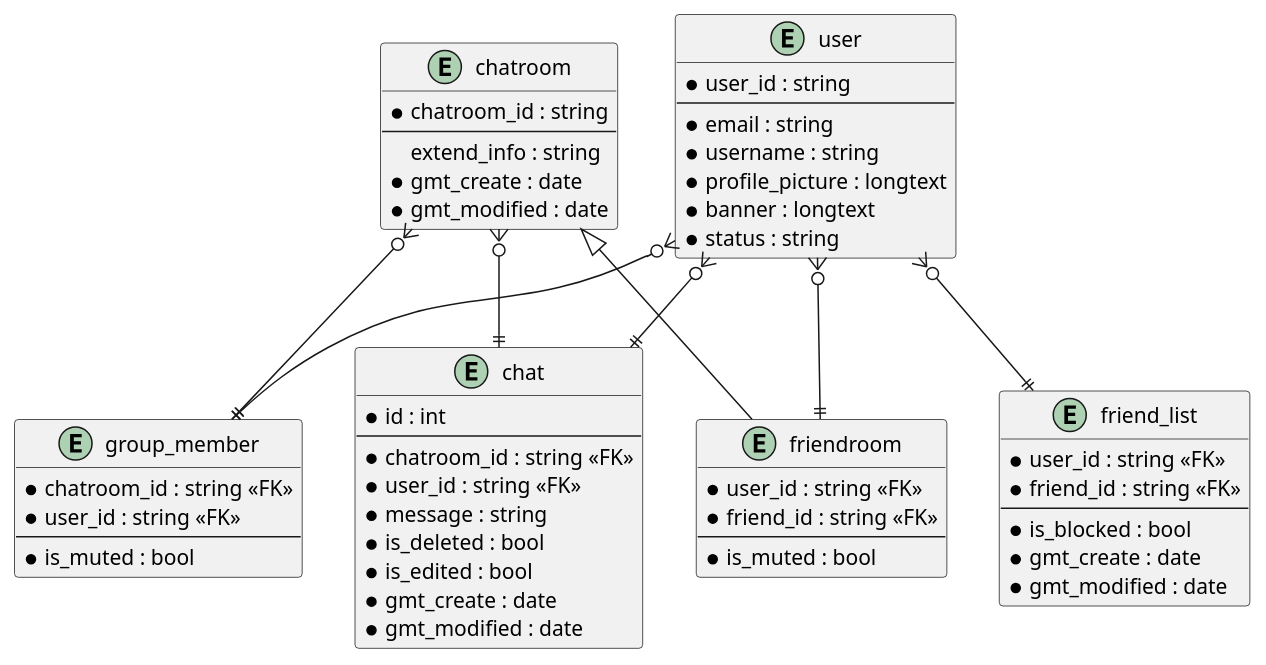
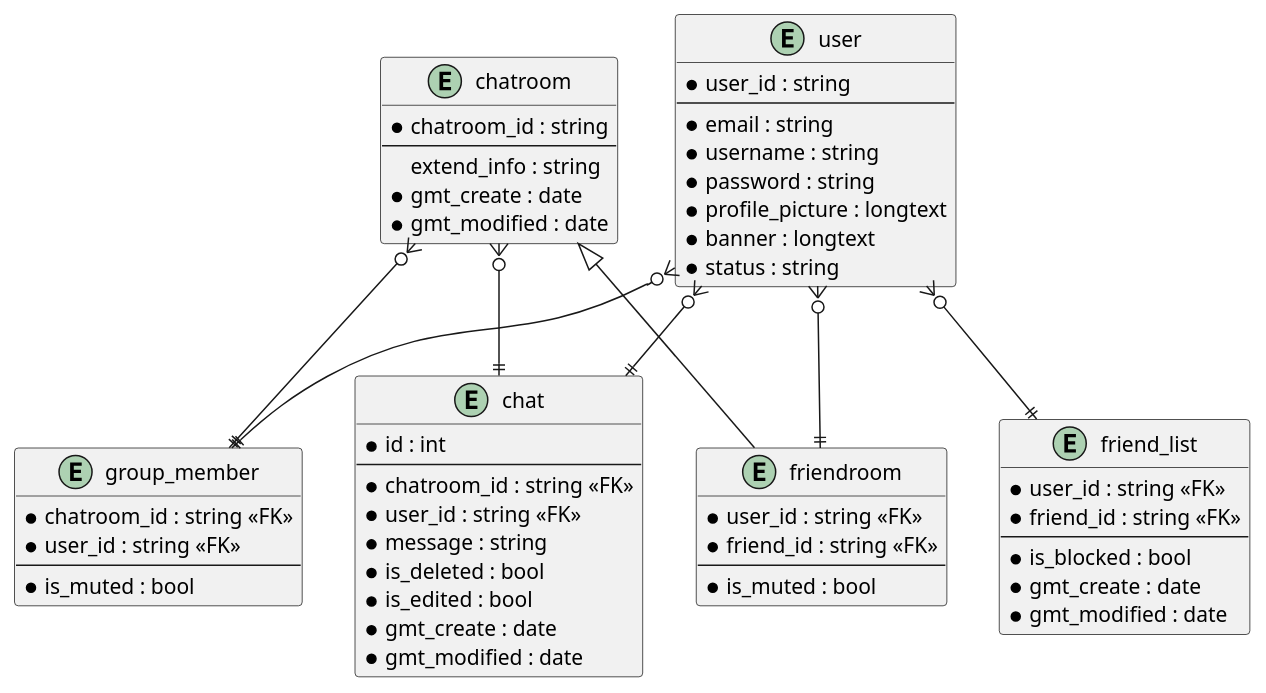
The diagram in model/class diagram.pu (aldihsuhandi/springproject), drawn with PlantUML before and after one commit. The commit also changed 5 other files, not shown here.

```diff
--- a/model/class diagram.pu
+++ b/model/class diagram.pu
@@ -1,72 +1,73 @@
 @startuml
 
 entity group_member {
     * chatroom_id : string <<FK>>
     * user_id : string <<FK>>
     --
     * is_muted : bool
 }
 
 entity chat {
     * id : int
     --
     * chatroom_id : string <<FK>>
     * user_id : string <<FK>>
     * message : string
     * is_deleted : bool
     * is_edited : bool
     * gmt_create : date
     * gmt_modified : date
 }
 
 entity user {
     * user_id : string
     --
     * email : string
     * username : string
+    * password : string
     * profile_picture : longtext
     * banner : longtext
     * status : string
 }
 
 entity friend_list {
     * user_id : string <<FK>>
     * friend_id : string <<FK>>
     --
     * is_blocked : bool 
     * gmt_create : date
     * gmt_modified : date
 }
 
 entity chatroom {
     * chatroom_id : string
     --
     extend_info : string
     * gmt_create : date
     * gmt_modified : date
 }
 
 entity friendroom {
     * user_id : string <<FK>>
     * friend_id : string <<FK>>
     --
     * is_muted : bool
 }
 
 ' relation
 user }o--|| friend_list
 
 user }o--|| friendroom
 
 user }o--|| group_member
 chatroom }o--|| group_member
 
 user }o--|| chat
 chatroom }o--|| chat
 
 
 skinparam chatroomInheritance 1
 chatroom <|-- friendroom
 
 
 @enduml
```
